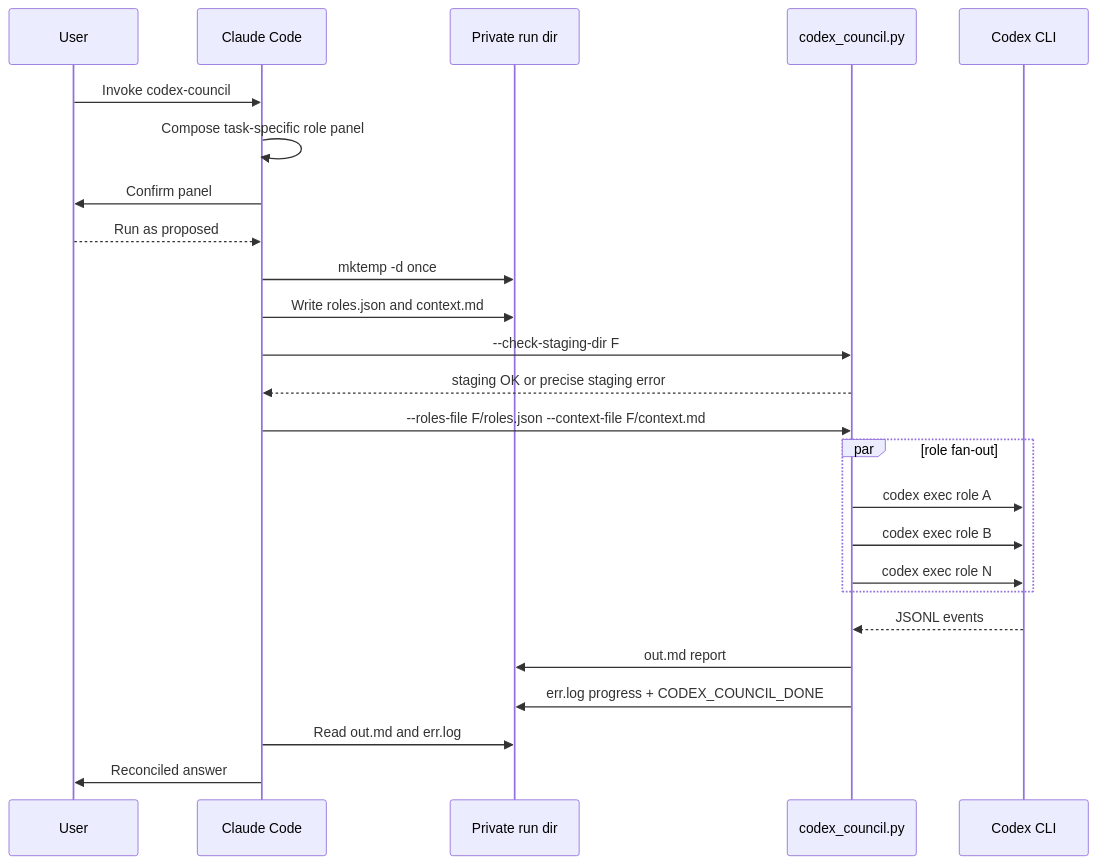
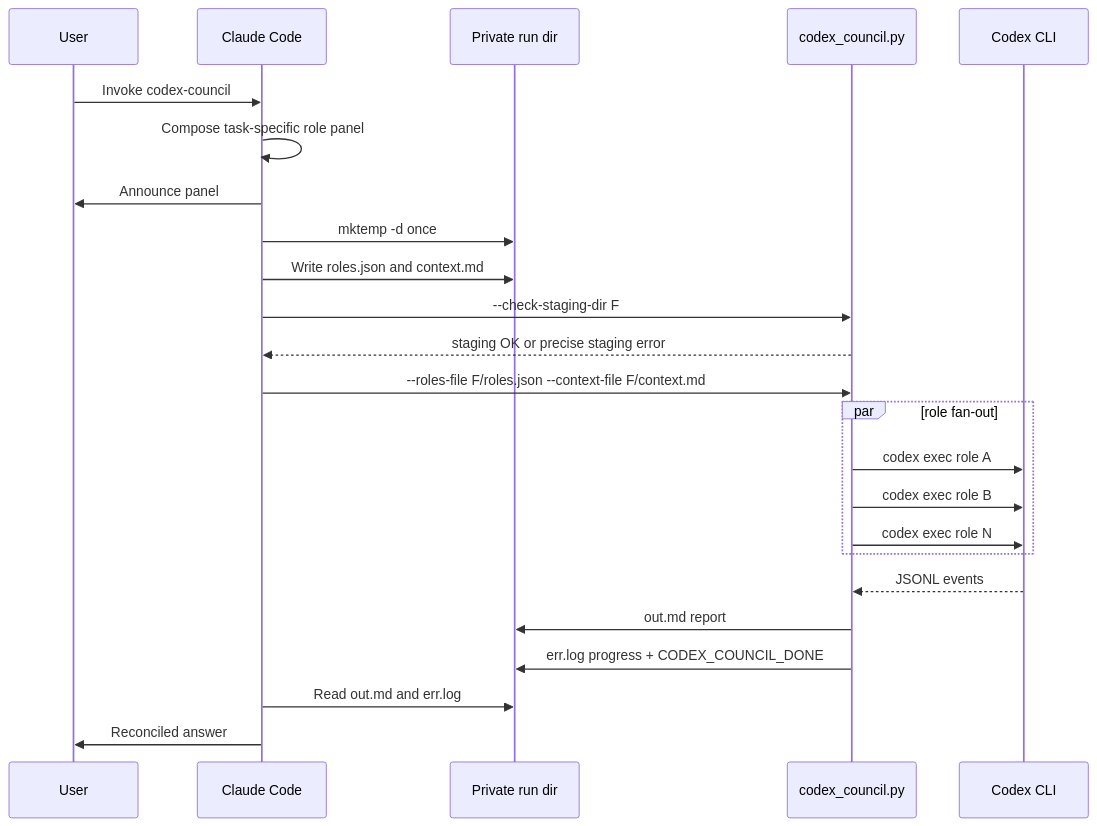
Before and after one commit to ehzawad/codex-council: the second of 3 diagrams in README.md, drawn with Mermaid. The commit also changed other lines of this file and 4 other files, not shown here.

````diff
--- a/README.md
+++ b/README.md
@@ -116,28 +115,27 @@
 ```mermaid
 sequenceDiagram
     participant U as User
     participant C as Claude Code
     participant F as Private run dir
     participant S as codex_council.py
     participant X as Codex CLI
 
     U->>C: Invoke codex-council
     C->>C: Compose task-specific role panel
-    C->>U: Confirm panel
-    U-->>C: Run as proposed
+    C->>U: Announce panel
     C->>F: mktemp -d once
     C->>F: Write roles.json and context.md
     C->>S: --check-staging-dir F
     S-->>C: staging OK or precise staging error
     C->>S: --roles-file F/roles.json --context-file F/context.md
     par role fan-out
         S->>X: codex exec role A
         S->>X: codex exec role B
         S->>X: codex exec role N
     end
     X-->>S: JSONL events
     S->>F: out.md report
     S->>F: err.log progress + CODEX_COUNCIL_DONE
     C->>F: Read out.md and err.log
     C->>U: Reconciled answer
 ```
````
